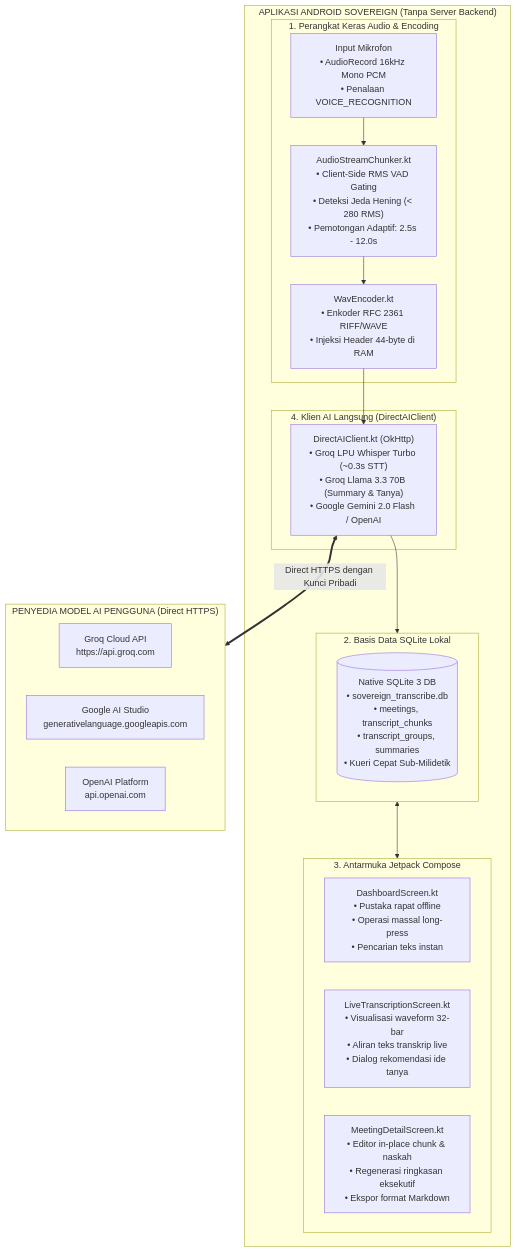
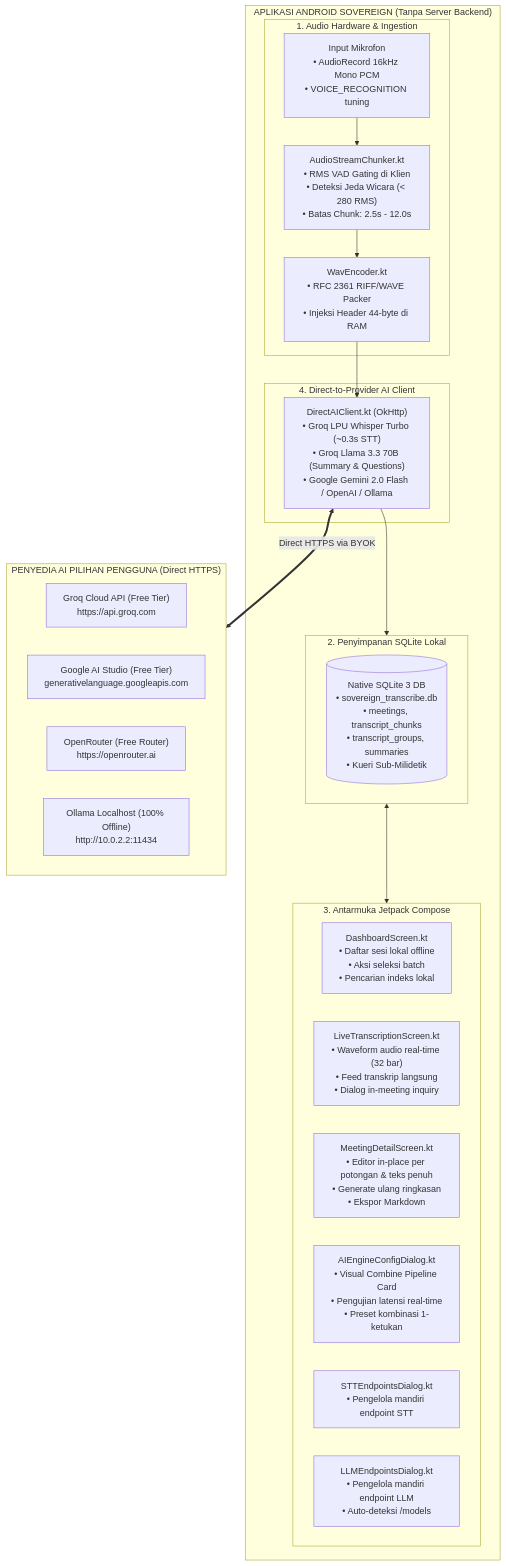
Before and after one commit to paperalt/sovereign: the diagram in README_ID.md, drawn with Mermaid. The commit also changed other lines of this file and 4 other files, not shown here.

````diff
--- a/README_ID.md
+++ b/README_ID.md
@@ -38,37 +38,41 @@
 ```mermaid
 flowchart TD
     subgraph AndroidApp["APLIKASI ANDROID SOVEREIGN (Tanpa Server Backend)"]
-        subgraph Hardware["1. Perangkat Keras Audio & Encoding"]
-            Mic["Input Mikrofon<br/>• AudioRecord 16kHz Mono PCM<br/>• Penalaan VOICE_RECOGNITION"]
-            Chunker["AudioStreamChunker.kt<br/>• Client-Side RMS VAD Gating<br/>• Deteksi Jeda Hening (< 280 RMS)<br/>• Pemotongan Adaptif: 2.5s - 12.0s"]
-            Encoder["WavEncoder.kt<br/>• Enkoder RFC 2361 RIFF/WAVE<br/>• Injeksi Header 44-byte di RAM"]
+        subgraph Hardware["1. Audio Hardware & Ingestion"]
+            Mic["Input Mikrofon<br/>• AudioRecord 16kHz Mono PCM<br/>• VOICE_RECOGNITION tuning"]
+            Chunker["AudioStreamChunker.kt<br/>• RMS VAD Gating di Klien<br/>• Deteksi Jeda Wicara (< 280 RMS)<br/>• Batas Chunk: 2.5s - 12.0s"]
+            Encoder["WavEncoder.kt<br/>• RFC 2361 RIFF/WAVE Packer<br/>• Injeksi Header 44-byte di RAM"]
             Mic --> Chunker --> Encoder
         end
 
-        subgraph LocalStore["2. Basis Data SQLite Lokal"]
-            SQLite[("Native SQLite 3 DB<br/>• sovereign_transcribe.db<br/>• meetings, transcript_chunks<br/>• transcript_groups, summaries<br/>• Kueri Cepat Sub-Milidetik")]
+        subgraph LocalStore["2. Penyimpanan SQLite Lokal"]
+            SQLite[("Native SQLite 3 DB<br/>• sovereign_transcribe.db<br/>• meetings, transcript_chunks<br/>• transcript_groups, summaries<br/>• Kueri Sub-Milidetik")]
         end
 
         subgraph UI["3. Antarmuka Jetpack Compose"]
-            Dashboard["DashboardScreen.kt<br/>• Pustaka rapat offline<br/>• Operasi massal long-press<br/>• Pencarian teks instan"]
-            Live["LiveTranscriptionScreen.kt<br/>• Visualisasi waveform 32-bar<br/>• Aliran teks transkrip live<br/>• Dialog rekomendasi ide tanya"]
-            Detail["MeetingDetailScreen.kt<br/>• Editor in-place chunk & naskah<br/>• Regenerasi ringkasan eksekutif<br/>• Ekspor format Markdown"]
+            Dashboard["DashboardScreen.kt<br/>• Daftar sesi lokal offline<br/>• Aksi seleksi batch<br/>• Pencarian indeks lokal"]
+            Live["LiveTranscriptionScreen.kt<br/>• Waveform audio real-time (32 bar)<br/>• Feed transkrip langsung<br/>• Dialog in-meeting inquiry"]
+            Detail["MeetingDetailScreen.kt<br/>• Editor in-place per potongan & teks penuh<br/>• Generate ulang ringkasan<br/>• Ekspor Markdown"]
+            Pipeline["AIEngineConfigDialog.kt<br/>• Visual Combine Pipeline Card<br/>• Pengujian latensi real-time<br/>• Preset kombinasi 1-ketukan"]
+            STTManager["STTEndpointsDialog.kt<br/>• Pengelola mandiri endpoint STT"]
+            LLMManager["LLMEndpointsDialog.kt<br/>• Pengelola mandiri endpoint LLM<br/>• Auto-deteksi /models"]
         end
 
-        subgraph DirectAI["4. Klien AI Langsung (DirectAIClient)"]
-            AIClient["DirectAIClient.kt (OkHttp)<br/>• Groq LPU Whisper Turbo (~0.3s STT)<br/>• Groq Llama 3.3 70B (Summary & Tanya)<br/>• Google Gemini 2.0 Flash / OpenAI"]
+        subgraph DirectAI["4. Direct-to-Provider AI Client"]
+            AIClient["DirectAIClient.kt (OkHttp)<br/>• Groq LPU Whisper Turbo (~0.3s STT)<br/>• Groq Llama 3.3 70B (Summary & Questions)<br/>• Google Gemini 2.0 Flash / OpenAI / Ollama"]
         end
 
         Encoder --> AIClient
         AIClient --> LocalStore
         LocalStore <--> UI
     end
 
-    subgraph ExternalAPIs["PENYEDIA MODEL AI PENGGUNA (Direct HTTPS)"]
-        Groq["Groq Cloud API<br/>https://api.groq.com"]
-        Google["Google AI Studio<br/>generativelanguage.googleapis.com"]
-        OpenAI["OpenAI Platform<br/>api.openai.com"]
+    subgraph ExternalAPIs["PENYEDIA AI PILIHAN PENGGUNA (Direct HTTPS)"]
+        Groq["Groq Cloud API (Free Tier)<br/>https://api.groq.com"]
+        Google["Google AI Studio (Free Tier)<br/>generativelanguage.googleapis.com"]
+        OpenRouter["OpenRouter (Free Router)<br/>https://openrouter.ai"]
+        Ollama["Ollama Localhost (100% Offline)<br/>http://10.0.2.2:11434"]
     end
 
-    AIClient <==> |Direct HTTPS dengan Kunci Pribadi| ExternalAPIs
+    AIClient <==> |Direct HTTPS via BYOK| ExternalAPIs
 ```
````
